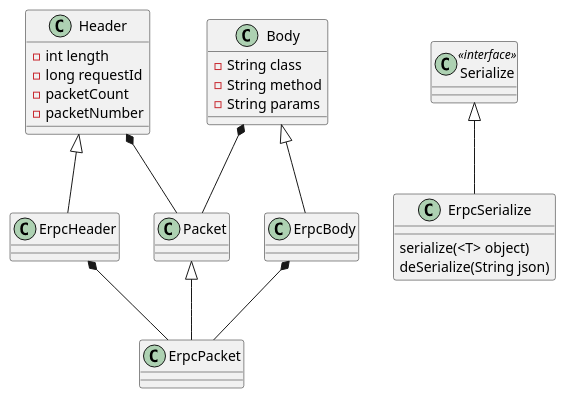
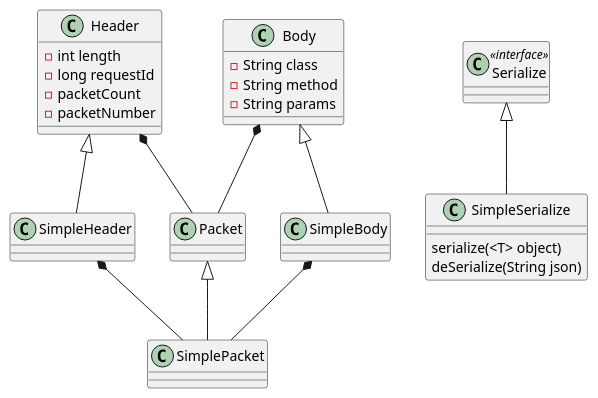
The second of 3 diagrams in readme.md (adanli/egg-rpc), drawn with PlantUML before and after one commit. The commit also changed other lines of this file, not shown here.

Commit message:
添加了transport层的uml图

````diff
--- a/readme.md
+++ b/readme.md
@@ -73,28 +81,28 @@
 ```puml
 @startuml
 Header *-- Packet
 Body *-- Packet
-Packet <|-- ErpcPacket 
-Header <|-- ErpcHeader
-Body <|-- ErpcBody 
-ErpcHeader *-- ErpcPacket
-ErpcBody *-- ErpcPacket
+Packet <|-- SimplePacket 
+Header <|-- SimpleHeader
+Body <|-- SimpleBody 
+SimpleHeader *-- SimplePacket
+SimpleBody *-- SimplePacket
 class Header {
     {field} - int length
     {field} - long requestId
     {field} - packetCount
     {field} - packetNumber
 }
 class Body {
     {field} - String class
     {field} - String method
     {field} - String params
 }
 class Serialize <<interface>>
-class ErpcSerialize {
+class SimpleSerialize {
     {method} serialize(<T> object)
     {method} deSerialize(String json)
 }
-Serialize <|-- ErpcSerialize
+Serialize <|-- SimpleSerialize
 @enduml
 ```
````
